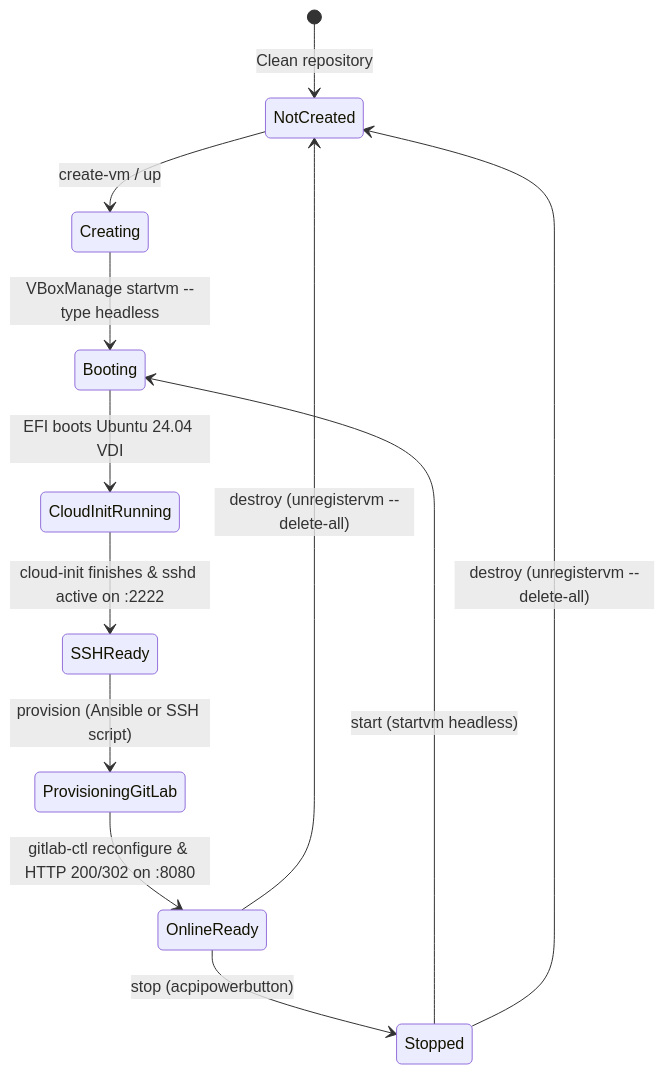
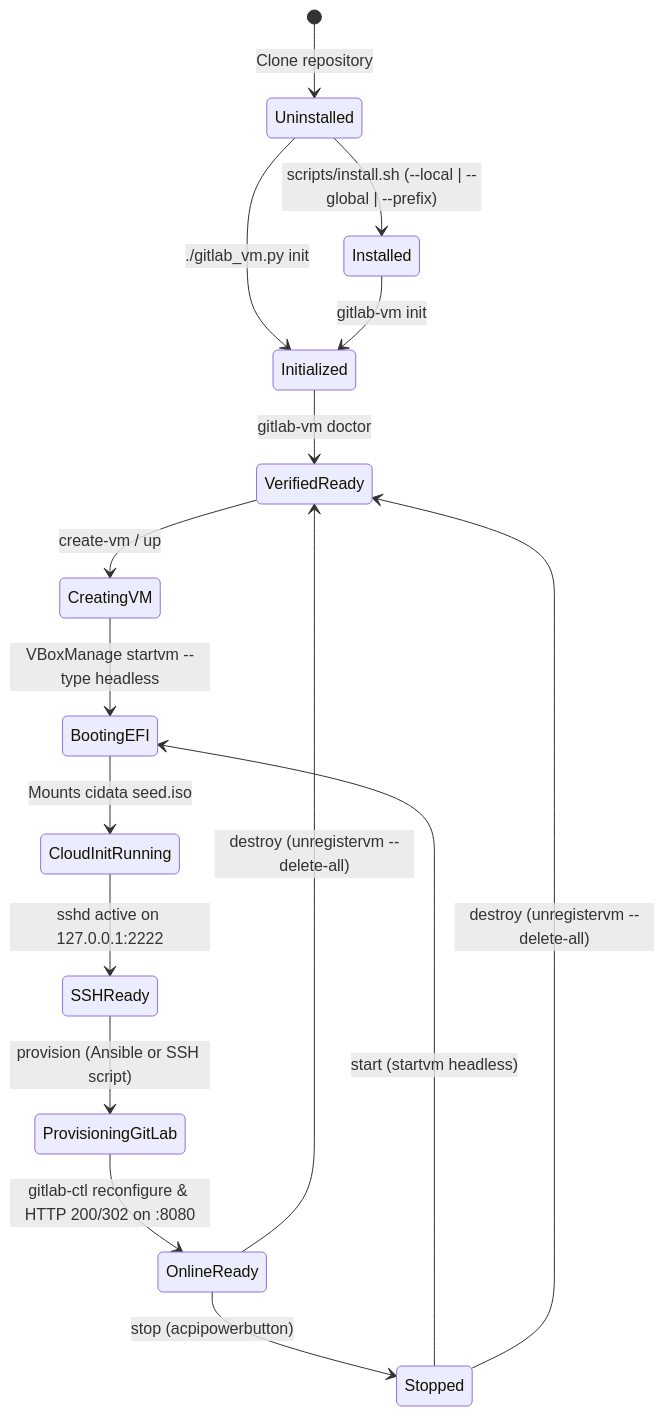
Before and after one commit to bsommers/gitlab: the second of 3 diagrams in docs/ARCHITECTURE.md, drawn with Mermaid. The commit also changed other lines of this file and 15 other files, not shown here.

Commit message:
feat(onboarding,docs): add multi-scope installer, init/doctor/guide CLI, and 4-chapter user guide (v0.2.0)

````diff
--- a/docs/ARCHITECTURE.md
+++ b/docs/ARCHITECTURE.md
@@ -216,14 +229,18 @@
 ```mermaid
 stateDiagram-v2
-    [*] --> NotCreated : Clean repository
-    NotCreated --> Creating : create-vm / up
-    Creating --> Booting : VBoxManage startvm --type headless
-    Booting --> CloudInitRunning : EFI boots Ubuntu 24.04 VDI
-    CloudInitRunning --> SSHReady : cloud-init finishes & sshd active on :2222
+    [*] --> Uninstalled : Clone repository
+    Uninstalled --> Installed : scripts/install.sh (--local | --global | --prefix)
+    Uninstalled --> Initialized : ./gitlab_vm.py init
+    Installed --> Initialized : gitlab-vm init
+    Initialized --> VerifiedReady : gitlab-vm doctor
+    VerifiedReady --> CreatingVM : create-vm / up
+    CreatingVM --> BootingEFI : VBoxManage startvm --type headless
+    BootingEFI --> CloudInitRunning : Mounts cidata seed.iso
+    CloudInitRunning --> SSHReady : sshd active on 127.0.0.1:2222
     SSHReady --> ProvisioningGitLab : provision (Ansible or SSH script)
     ProvisioningGitLab --> OnlineReady : gitlab-ctl reconfigure & HTTP 200/302 on :8080
     OnlineReady --> Stopped : stop (acpipowerbutton)
-    Stopped --> Booting : start (startvm headless)
-    OnlineReady --> NotCreated : destroy (unregistervm --delete-all)
-    Stopped --> NotCreated : destroy (unregistervm --delete-all)
+    Stopped --> BootingEFI : start (startvm headless)
+    OnlineReady --> VerifiedReady : destroy (unregistervm --delete-all)
+    Stopped --> VerifiedReady : destroy (unregistervm --delete-all)
 ```
````
